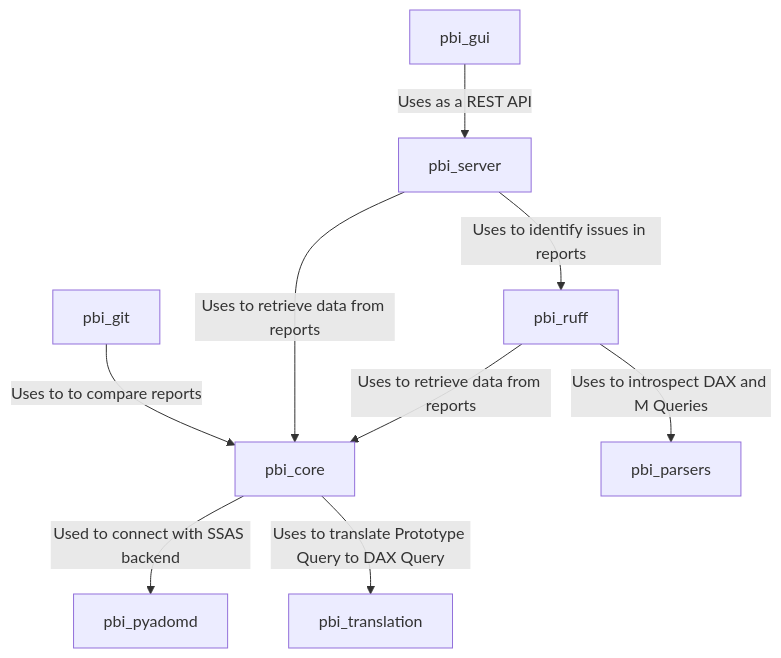
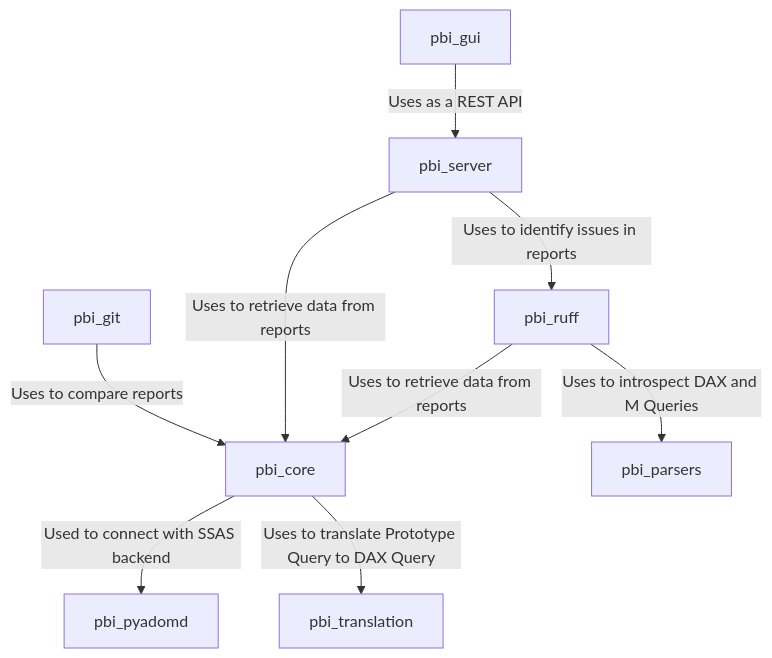
One commit to douglassimonsen/pbi_core changed the first of 2 diagrams in docs/docs/general/ecosystem.md. Above: the diagram before and after it, drawn with Mermaid.

Commit message:
grammar fix

````diff
--- a/docs/docs/general/ecosystem.md
+++ b/docs/docs/general/ecosystem.md
@@ -20,20 +20,20 @@
 ```mermaid
 flowchart TD
     pbi_server
     pbi_gui
     pbi_core
     pbi_ruff
     pbi_pyadomd
     pbi_translation
     pbi_parsers
     pbi_git
 
-    pbi_git -- Uses to to compare reports --> pbi_core
+    pbi_git -- Uses to compare reports --> pbi_core
     pbi_gui -- Uses as a REST API --> pbi_server
     pbi_server -- Uses to retrieve data from reports --> pbi_core
     pbi_server -- Uses to identify issues in reports --> pbi_ruff
     pbi_ruff -- Uses to retrieve data from reports --> pbi_core
     pbi_core -- Used to connect with SSAS backend --> pbi_pyadomd
     pbi_core -- Uses to translate Prototype Query to DAX Query --> pbi_translation
     pbi_ruff -- Uses to introspect DAX and M Queries --> pbi_parsers
 ```
````
